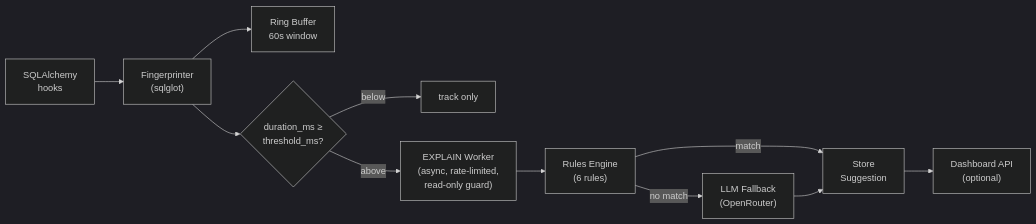
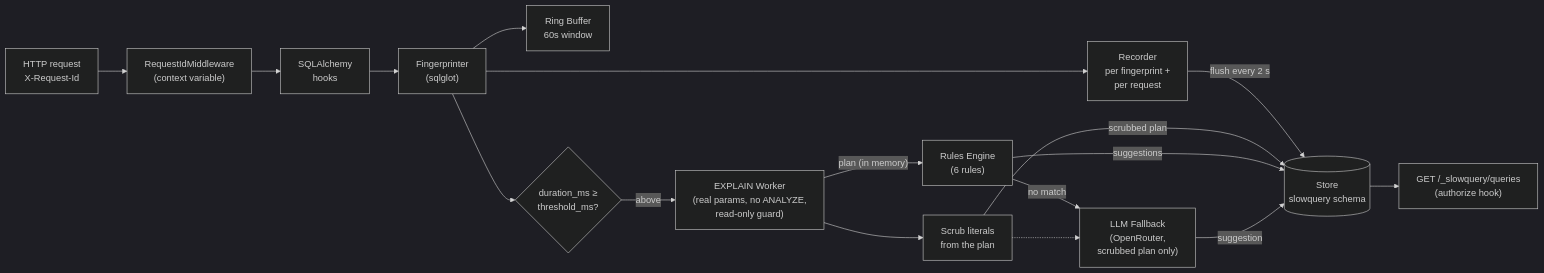
One commit to Abdul-Muizz1310/slowquery-detective changed the first of 3 diagrams in README.md. Above: the diagram before and after it, drawn with Mermaid (dark theme). The commit also changed other lines of this file and 5 other files, not shown here.

````diff
--- a/README.md
+++ b/README.md
@@ -50,13 +54,19 @@
 ```mermaid
 flowchart LR
-    A["SQLAlchemy\nhooks"] --> B["Fingerprinter\n(sqlglot)"]
+    R["HTTP request\nX-Request-Id"] --> M["RequestIdMiddleware\n(context variable)"]
+    M --> A["SQLAlchemy\nhooks"]
+    A --> B["Fingerprinter\n(sqlglot)"]
     B --> C["Ring Buffer\n60s window"]
+    B --> Rec["Recorder\nper fingerprint +\nper request"]
+    Rec -- "flush every 2 s" --> S[("Store\nslowquery schema")]
     B --> D{"duration_ms ≥\nthreshold_ms?"}
-    D -- below --> E["track only"]
-    D -- above --> F["EXPLAIN Worker\n(async, rate-limited,\nread-only guard)"]
-    F --> G["Rules Engine\n(6 rules)"]
-    G -- match --> H["Store\nSuggestion"]
-    G -- no match --> I["LLM Fallback\n(OpenRouter)"]
-    I --> H
-    H --> J["Dashboard API\n(optional)"]
+    D -- above --> F["EXPLAIN Worker\n(real params, no ANALYZE,\nread-only guard)"]
+    F -- "plan (in memory)" --> G["Rules Engine\n(6 rules)"]
+    F --> Sc["Scrub literals\nfrom the plan"]
+    Sc -- "scrubbed plan" --> S
+    G -- no match --> I["LLM Fallback\n(OpenRouter,\nscrubbed plan only)"]
+    Sc -.-> I
+    G -- suggestions --> S
+    I -- suggestion --> S
+    S --> Q["GET /_slowquery/queries\n(authorize hook)"]
 ```
````
